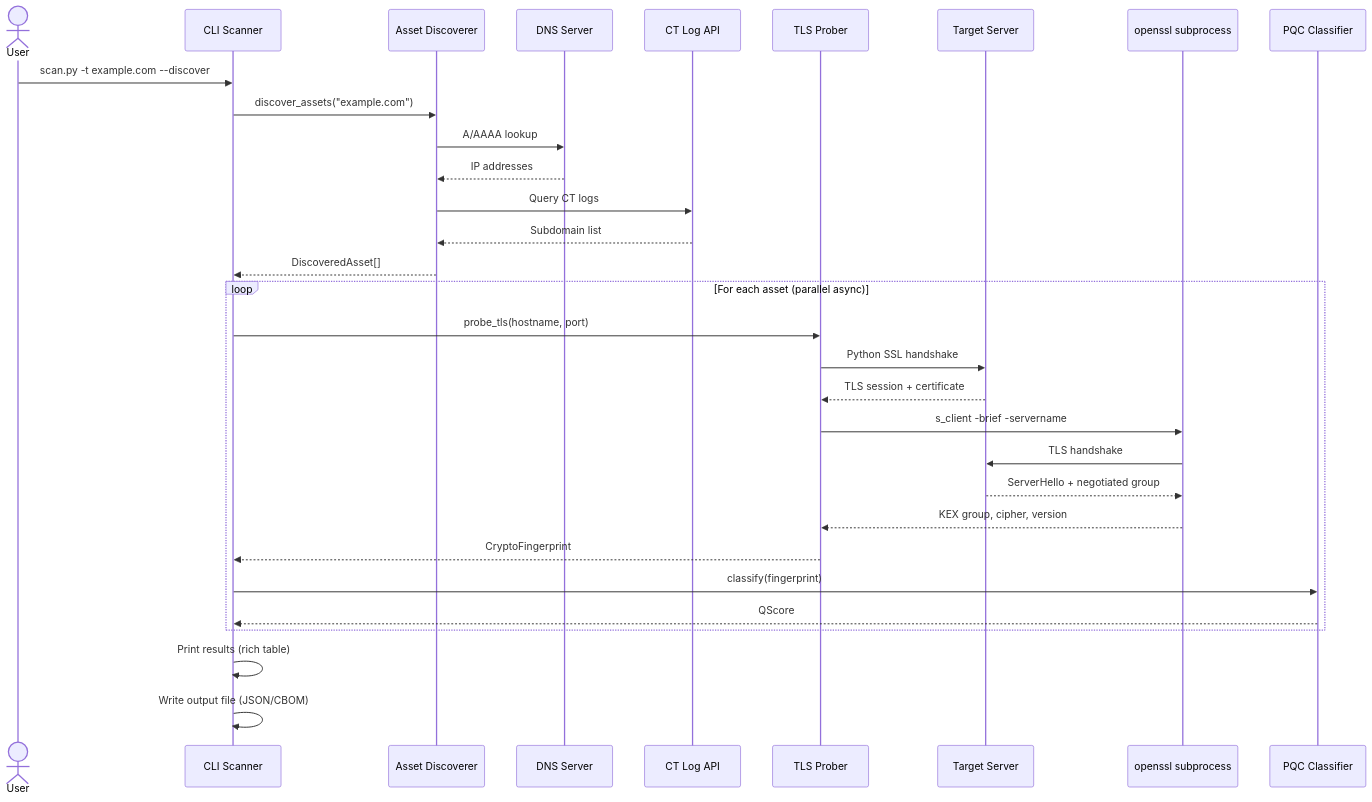
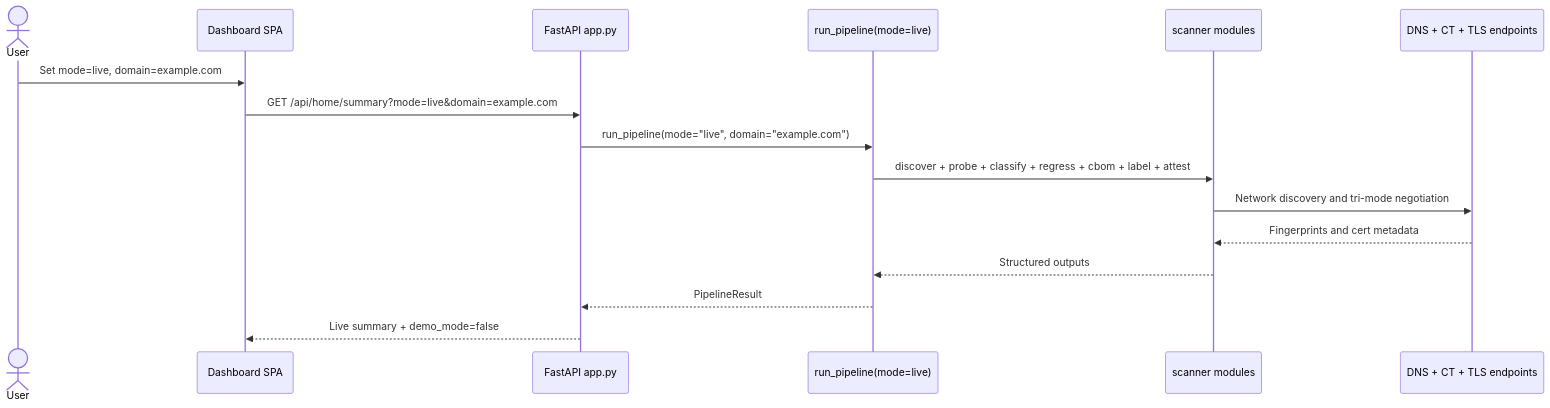
One commit to Aniket03052006/PNB changed the seventh of 8 diagrams in README.md. Above: the diagram before and after it, drawn with Mermaid. The commit also changed other lines of this file and 15 other files, not shown here.

````diff
--- a/README.md
+++ b/README.md
@@ -859,37 +781,19 @@
 ```mermaid
 sequenceDiagram
     actor User
-    participant CLI as CLI Scanner
-    participant Discoverer as Asset Discoverer
-    participant DNS as DNS Server
-    participant CTLog as CT Log API
-    participant Prober as TLS Prober
-    participant Target as Target Server
-    participant OpenSSL as openssl subprocess
-    participant Classifier as PQC Classifier
+    participant Dashboard as Dashboard SPA
+    participant API as FastAPI app.py
+    participant Pipeline as run_pipeline(mode=live)
+    participant Scanner as scanner modules
+    participant Targets as DNS + CT + TLS endpoints
 
-    User->>CLI: scan.py -t example.com --discover
-    CLI->>Discoverer: discover_assets("example.com")
-    Discoverer->>DNS: A/AAAA lookup
-    DNS-->>Discoverer: IP addresses
-    Discoverer->>CTLog: Query CT logs
-    CTLog-->>Discoverer: Subdomain list
-    Discoverer-->>CLI: DiscoveredAsset[]
-
-    loop For each asset (parallel async)
-        CLI->>Prober: probe_tls(hostname, port)
-        Prober->>Target: Python SSL handshake
-        Target-->>Prober: TLS session + certificate
-        Prober->>OpenSSL: s_client -brief -servername
-        OpenSSL->>Target: TLS handshake
-        Target-->>OpenSSL: ServerHello + negotiated group
-        OpenSSL-->>Prober: KEX group, cipher, version
-        Prober-->>CLI: CryptoFingerprint
-
-        CLI->>Classifier: classify(fingerprint)
-        Classifier-->>CLI: QScore
-    end
-
-    CLI->>CLI: Print results (rich table)
-    CLI->>CLI: Write output file (JSON/CBOM)
+    User->>Dashboard: Set mode=live, domain=example.com
+    Dashboard->>API: GET /api/home/summary?mode=live&domain=example.com
+    API->>Pipeline: run_pipeline(mode="live", domain="example.com")
+    Pipeline->>Scanner: discover + probe + classify + regress + cbom + label + attest
+    Scanner->>Targets: Network discovery and tri-mode negotiation
+    Targets-->>Scanner: Fingerprints and cert metadata
+    Scanner-->>Pipeline: Structured outputs
+    Pipeline-->>API: PipelineResult
+    API-->>Dashboard: Live summary + demo_mode=false
 ```
````
